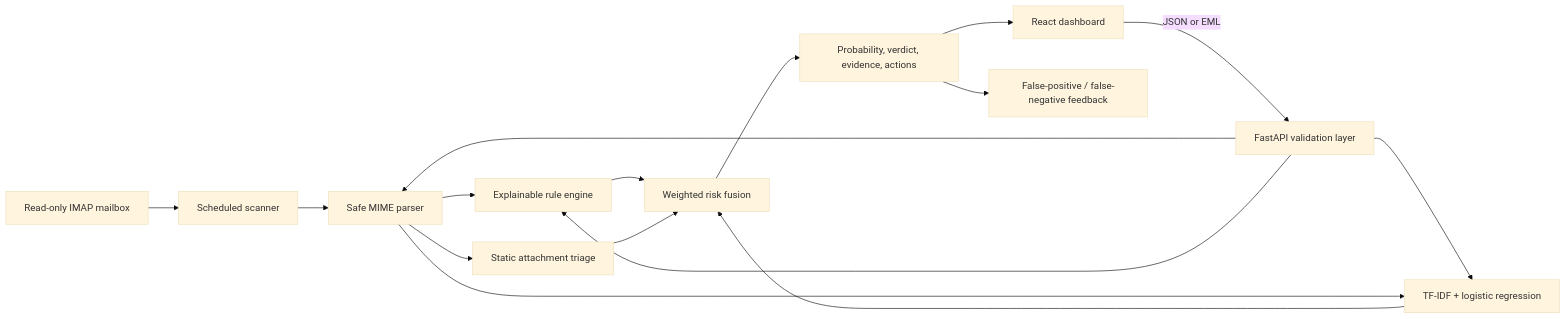
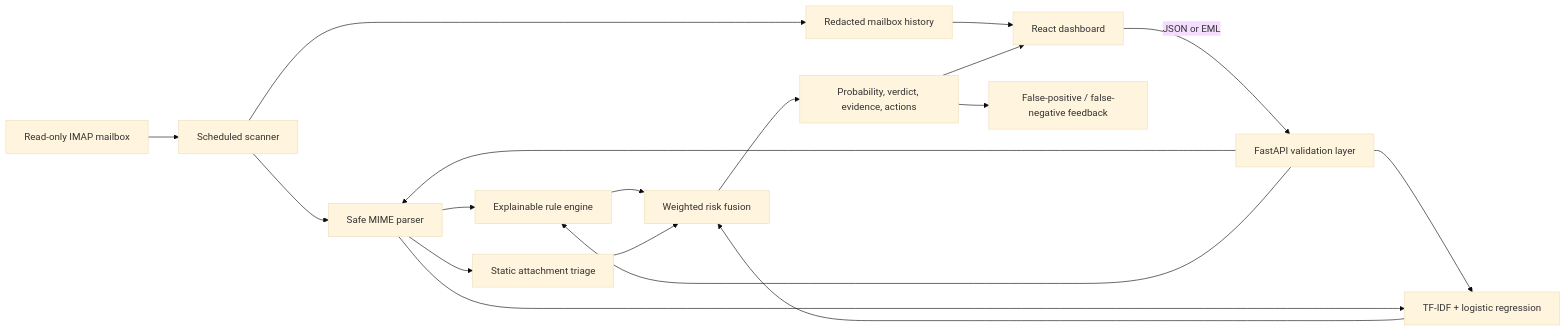
Before and after one commit to khaledhamadeh2-lgtm/ai-phishing-email-detector: the diagram in README.md, drawn with Mermaid (base theme). The commit also changed other lines of this file and 12 other files, not shown here.

Commit message:
Add mailbox scan history dashboard

````diff
--- a/README.md
+++ b/README.md
@@ -27,18 +29,20 @@
 ```mermaid
 flowchart LR
     Mailbox["Read-only IMAP mailbox"] --> Worker["Scheduled scanner"]
     Worker --> Parser
     UI["React dashboard"] -->|JSON or EML| API["FastAPI validation layer"]
     API --> Parser["Safe MIME parser"]
     API --> Rules["Explainable rule engine"]
     API --> ML["TF-IDF + logistic regression"]
     Parser --> Rules
     Parser --> ML
     Parser --> Attachments["Static attachment triage"]
     Rules --> Fusion["Weighted risk fusion"]
     ML --> Fusion
     Attachments --> Fusion
     Fusion --> Report["Probability, verdict, evidence, actions"]
+    Worker --> History["Redacted mailbox history"]
+    History --> UI
     Report --> Feedback["False-positive / false-negative feedback"]
     Report --> UI
 ```
````
